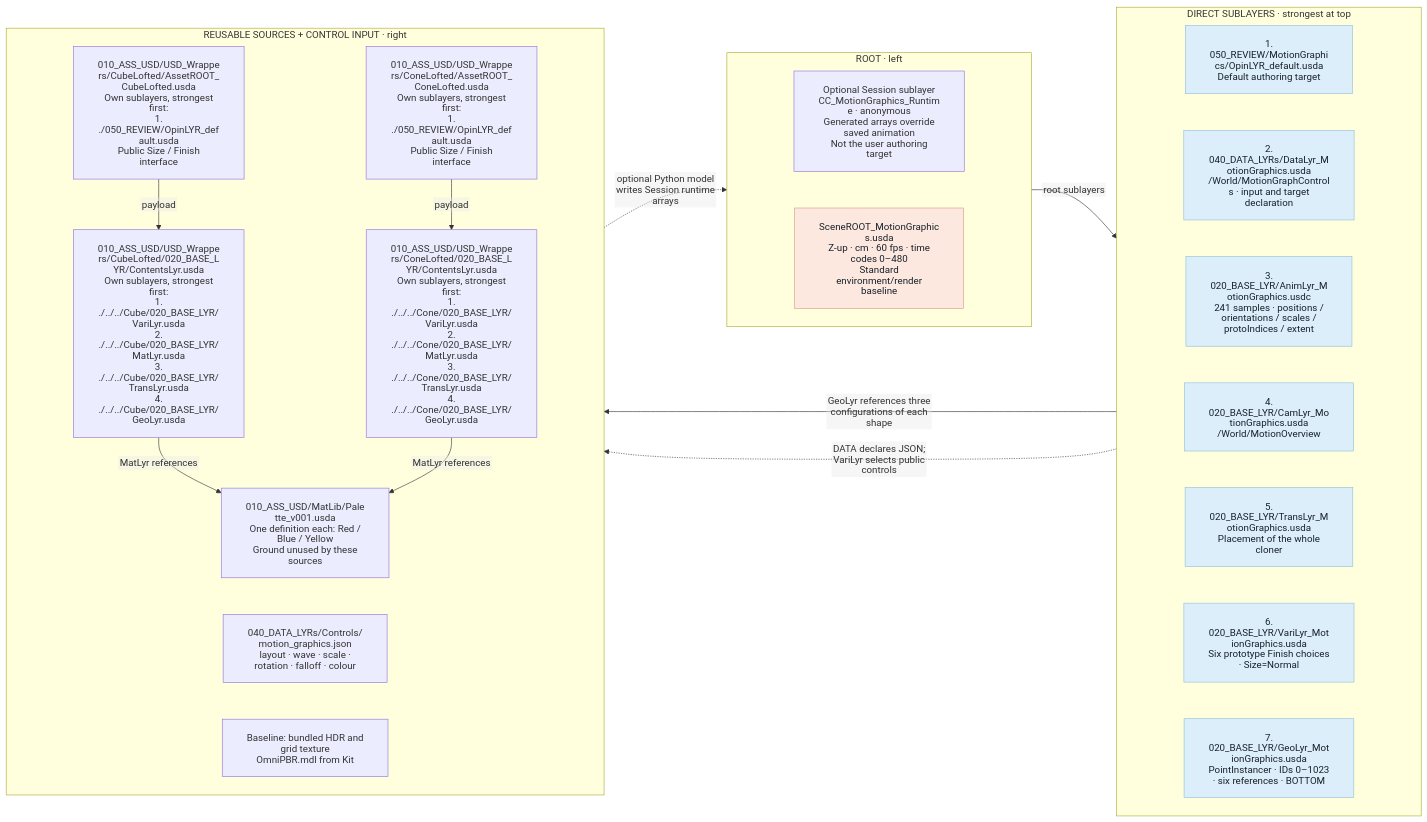
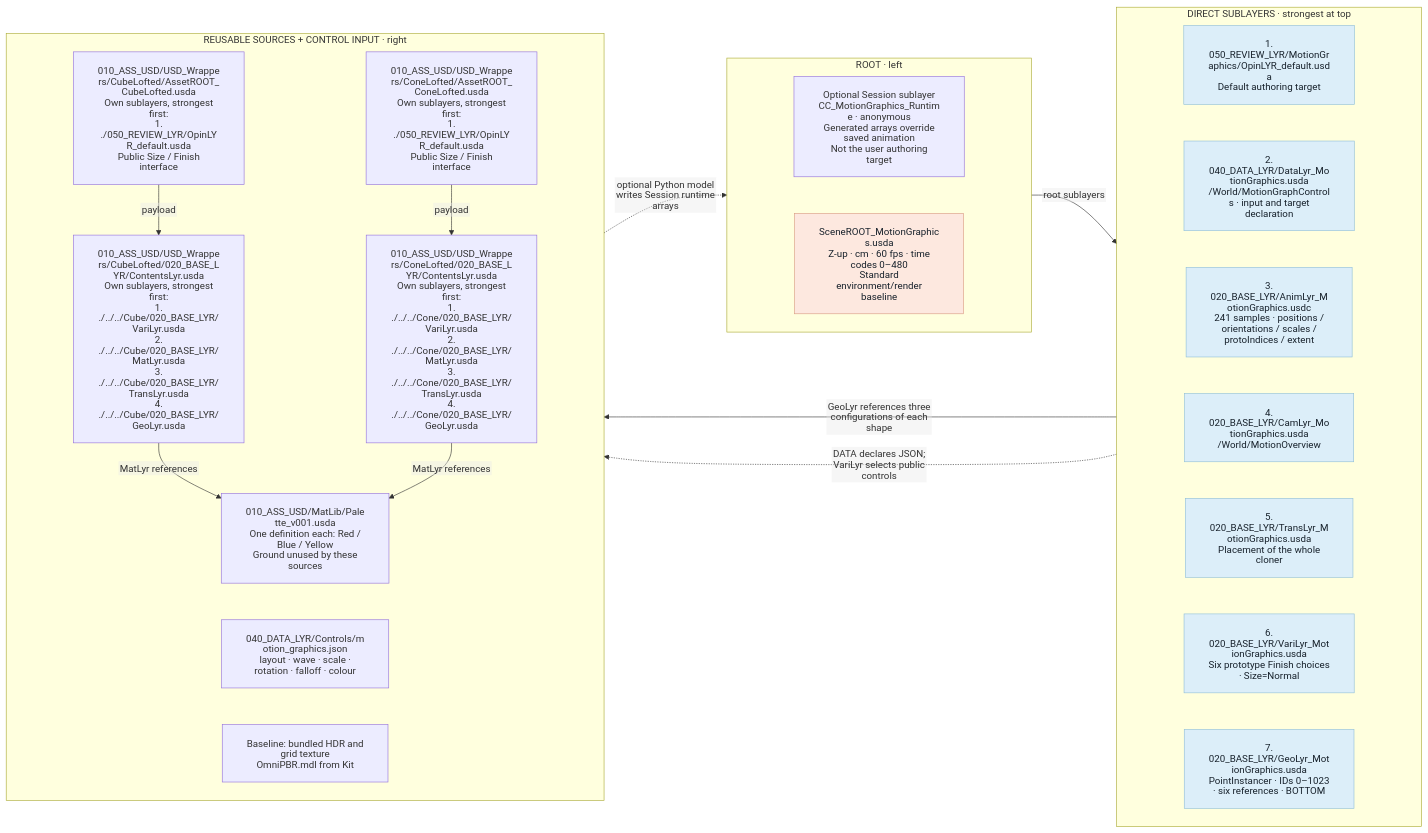
Before and after one commit to jph2/OpenUSD_GoodStart_CompositionContract: diagram 15 of 15 in examples/01_LayeredScene/README.md, drawn with Mermaid. The commit also changed other lines of this file and 149 other files, not shown here.

````diff
--- a/examples/01_LayeredScene/README.md
+++ b/examples/01_LayeredScene/README.md
@@ -1238,50 +1194,50 @@
 ```mermaid
 %%{init: {"htmlLabels": false, "themeVariables": {"fontFamily": "Arial, sans-serif"}, "flowchart": {"htmlLabels": false, "padding": 20, "nodeSpacing": 200, "rankSpacing": 35, "diagramPadding": 20}}}%%
 flowchart LR
     subgraph ENTRY["ROOT · left"]
         direction TB
         SESSION["Optional Session sublayer<br/>CC_MotionGraphics_Runtime · anonymous<br/>Generated arrays override saved animation<br/>Not the user authoring target"]
         R["SceneROOT_MotionGraphics.usda<br/>Z-up · cm · 60 fps · time codes 0–480<br/>Standard environment/render baseline"]
         SESSION ~~~ R
     end
     subgraph STACK["DIRECT SUBLAYERS · strongest at top"]
         direction TB
-        L0["1. 050_REVIEW/MotionGraphics/OpinLYR_default.usda<br/>Default authoring target"]
-        L1["2. 040_DATA_LYRs/DataLyr_MotionGraphics.usda<br/>/World/MotionGraphControls · input and target declaration"]
+        L0["1. 050_REVIEW_LYR/MotionGraphics/OpinLYR_default.usda<br/>Default authoring target"]
+        L1["2. 040_DATA_LYR/DataLyr_MotionGraphics.usda<br/>/World/MotionGraphControls · input and target declaration"]
         L0 ~~~ L1
         L2["3. 020_BASE_LYR/AnimLyr_MotionGraphics.usdc<br/>241 samples · positions / orientations / scales / protoIndices / extent"]
         L1 ~~~ L2
         L3["4. 020_BASE_LYR/CamLyr_MotionGraphics.usda<br/>/World/MotionOverview"]
         L2 ~~~ L3
         L4["5. 020_BASE_LYR/TransLyr_MotionGraphics.usda<br/>Placement of the whole cloner"]
         L3 ~~~ L4
         L5["6. 020_BASE_LYR/VariLyr_MotionGraphics.usda<br/>Six prototype Finish choices · Size=Normal"]
         L4 ~~~ L5
         L6["7. 020_BASE_LYR/GeoLyr_MotionGraphics.usda<br/>PointInstancer · IDs 0–1023 · six references · BOTTOM"]
         L5 ~~~ L6
     end
     subgraph SRC["REUSABLE SOURCES + CONTROL INPUT · right"]
         direction TB
-        Cube["010_ASS_USD/USD_Wrappers/CubeLofted/AssetROOT_CubeLofted.usda<br/>Own sublayers, strongest first:<br/>1. ./050_REVIEW/OpinLYR_default.usda<br/>Public Size / Finish interface"]
+        Cube["010_ASS_USD/USD_Wrappers/CubeLofted/AssetROOT_CubeLofted.usda<br/>Own sublayers, strongest first:<br/>1. ./050_REVIEW_LYR/OpinLYR_default.usda<br/>Public Size / Finish interface"]
         CubeC["010_ASS_USD/USD_Wrappers/CubeLofted/020_BASE_LYR/ContentsLyr.usda<br/>Own sublayers, strongest first:<br/>1. ./../../Cube/020_BASE_LYR/VariLyr.usda<br/>2. ./../../Cube/020_BASE_LYR/MatLyr.usda<br/>3. ./../../Cube/020_BASE_LYR/TransLyr.usda<br/>4. ./../../Cube/020_BASE_LYR/GeoLyr.usda"]
         Cube -->|payload| CubeC
-        Cone["010_ASS_USD/USD_Wrappers/ConeLofted/AssetROOT_ConeLofted.usda<br/>Own sublayers, strongest first:<br/>1. ./050_REVIEW/OpinLYR_default.usda<br/>Public Size / Finish interface"]
+        Cone["010_ASS_USD/USD_Wrappers/ConeLofted/AssetROOT_ConeLofted.usda<br/>Own sublayers, strongest first:<br/>1. ./050_REVIEW_LYR/OpinLYR_default.usda<br/>Public Size / Finish interface"]
         ConeC["010_ASS_USD/USD_Wrappers/ConeLofted/020_BASE_LYR/ContentsLyr.usda<br/>Own sublayers, strongest first:<br/>1. ./../../Cone/020_BASE_LYR/VariLyr.usda<br/>2. ./../../Cone/020_BASE_LYR/MatLyr.usda<br/>3. ./../../Cone/020_BASE_LYR/TransLyr.usda<br/>4. ./../../Cone/020_BASE_LYR/GeoLyr.usda"]
         Cone -->|payload| ConeC
         MAT["010_ASS_USD/MatLib/Palette_v001.usda<br/>One definition each: Red / Blue / Yellow<br/>Ground unused by these sources"]
         CubeC -->|MatLyr references| MAT
         ConeC -->|MatLyr references| MAT
-        JSON["040_DATA_LYRs/Controls/motion_graphics.json<br/>layout · wave · scale · rotation · falloff · colour"]
+        JSON["040_DATA_LYR/Controls/motion_graphics.json<br/>layout · wave · scale · rotation · falloff · colour"]
         RES["Baseline: bundled HDR and grid texture<br/>OmniPBR.mdl from Kit"]
         MAT ~~~ JSON
         JSON ~~~ RES
     end
     ENTRY -->|root sublayers| STACK
     STACK -->|GeoLyr references three configurations of each shape| SRC
     STACK -.->|DATA declares JSON; VariLyr selects public controls| SRC
     SRC -.->|optional Python model writes Session runtime arrays| ENTRY
     classDef ccRoot fill:#fde8df,stroke:#d99b84,color:#17212b
     classDef layer fill:#dceef9,stroke:#91bfd8,color:#17212b
     class R ccRoot
     class L0,L1,L2,L3,L4,L5,L6 layer
 ```
````
